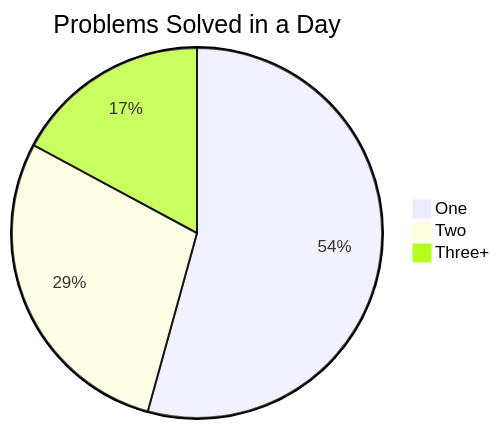
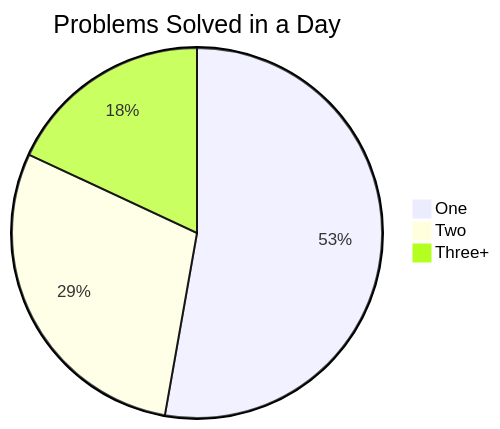
Before and after one commit to Jasjeet-Singh-S/100-days-DSA: the second of 2 diagrams in readme.md, drawn with Mermaid. The commit also changed other lines of this file and 4 other files, not shown here.

````diff
--- a/readme.md
+++ b/readme.md
@@ -25,6 +25,6 @@
 ```mermaid
 pie title Problems Solved in a Day
     "One" : 38
-    "Two" : 20
-    "Three+" : 12
+    "Two" : 21
+    "Three+" : 13
 ```
````
